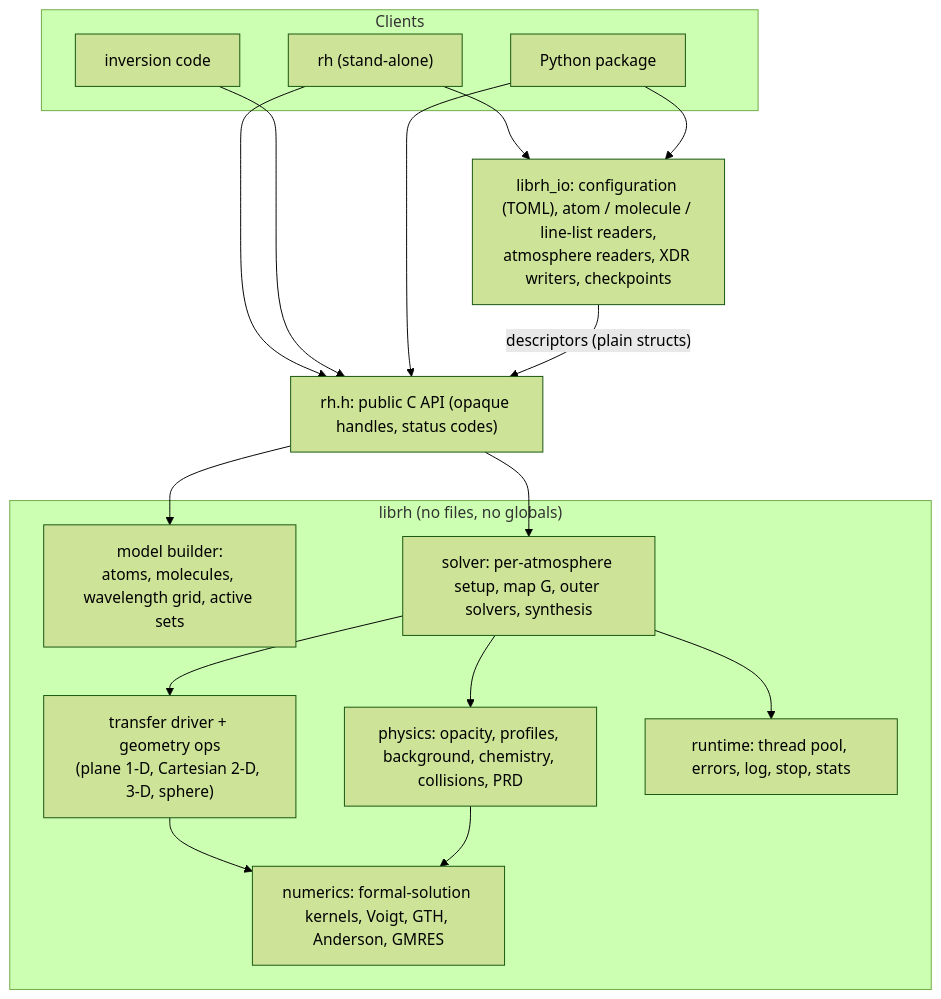
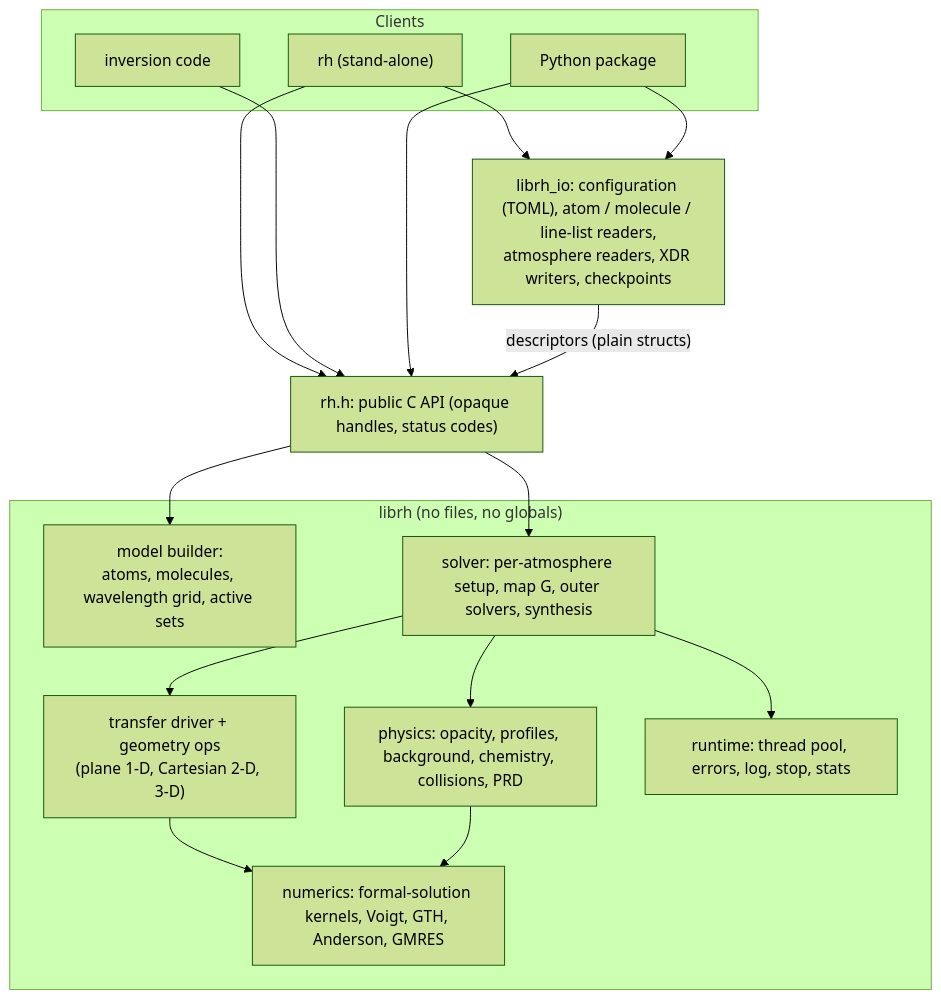
One commit to dwijn/RH changed the first of 5 diagrams in docs/LIBRARY.md. Above: the diagram before and after it, drawn with Mermaid (forest theme). The commit also changed other lines of this file and 2 other files, not shown here.

````diff
--- a/docs/LIBRARY.md
+++ b/docs/LIBRARY.md
@@ -144,31 +144,31 @@
 ```mermaid
 flowchart TB
   subgraph Clients
     CLI["rh (stand-alone)"]
     INV["inversion code"]
     PY["Python package"]
   end
   IO["librh_io: configuration (TOML), atom / molecule / line-list readers,\natmosphere readers, XDR writers, checkpoints"]
   API["rh.h: public C API (opaque handles, status codes)"]
   subgraph Core["librh (no files, no globals)"]
     MOD["model builder:\natoms, molecules, wavelength grid, active sets"]
     SOL["solver: per-atmosphere setup, map G, outer solvers, synthesis"]
-    TRN["transfer driver + geometry ops\n(plane 1-D, Cartesian 2-D, 3-D, sphere)"]
+    TRN["transfer driver + geometry ops\n(plane 1-D, Cartesian 2-D, 3-D)"]
     PHY["physics: opacity, profiles, background, chemistry, collisions, PRD"]
     NUM["numerics: formal-solution kernels, Voigt, GTH, Anderson, GMRES"]
     RT["runtime: thread pool, errors, log, stop, stats"]
   end
   CLI --> IO
   PY --> IO
   CLI --> API
   INV --> API
   PY --> API
   IO -->|"descriptors (plain structs)"| API
   API --> MOD
   API --> SOL
   SOL --> TRN
   SOL --> PHY
   TRN --> NUM
   PHY --> NUM
   SOL --> RT
 ```
````
